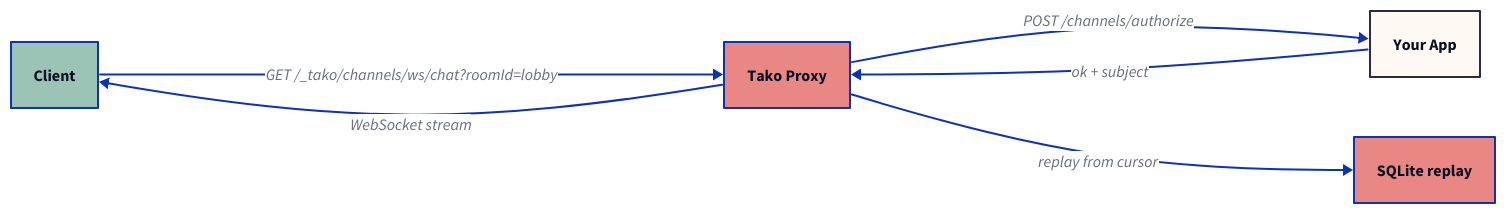
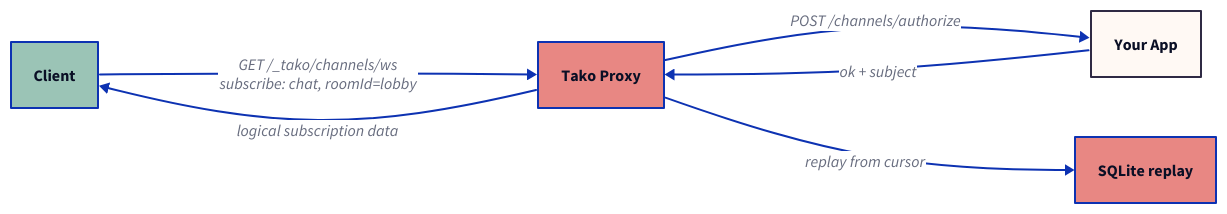
One commit to tako-sh/tako changed the diagram in website/src/content/blog/durable-channels-built-in.md. Above: the diagram before and after it, drawn with D2. The commit also changed other lines of this file and 20 other files, not shown here.

````diff
--- a/website/src/content/blog/durable-channels-built-in.md
+++ b/website/src/content/blog/durable-channels-built-in.md
@@ -43,14 +45,14 @@
 ```d2
 direction: right
 
 client: Client {style.fill: "#9BC4B6"; style.font-size: 16}
 proxy: Tako Proxy {style.fill: "#E88783"; style.font-size: 16}
 app: Your App {style.fill: "#FFF9F4"; style.stroke: "#2F2A44"; style.font-size: 16}
 store: SQLite replay {style.fill: "#E88783"; style.font-size: 16}
 
-client -> proxy: "GET /_tako/channels/ws/chat?roomId=lobby"
+client -> proxy: "GET /_tako/channels/ws\nsubscribe: chat, roomId=lobby"
 proxy -> app: "POST /channels/authorize"
 app -> proxy: "ok + subject"
 proxy -> store: "replay from cursor"
-proxy -> client: "WebSocket stream"
+proxy -> client: "logical subscription data"
 ```
````
